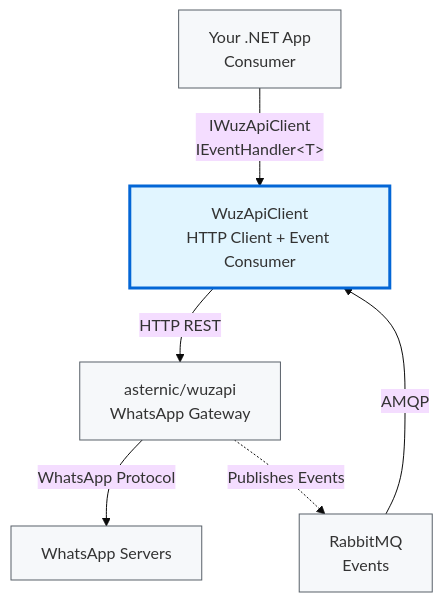
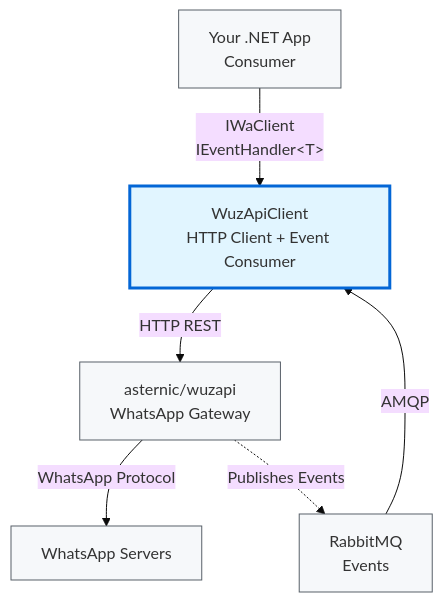
Before and after one commit to vperim/wuzapi-client: the diagram in docs/intro/overview.md, drawn with Mermaid (base theme). The commit also changed other lines of this file and 23 other files, not shown here.

Commit message:
Rename WuzApiClient implementation and interface to WaClient/IWaClient to avoid namespace conflicts.

````diff
--- a/docs/intro/overview.md
+++ b/docs/intro/overview.md
@@ -86,20 +86,20 @@
 ```mermaid
 graph TD
     A[Your .NET App<br/>Consumer]
     B[WuzApiClient<br/>HTTP Client + Event Consumer]
     C[asternic/wuzapi<br/>WhatsApp Gateway]
     D[WhatsApp Servers]
     E[RabbitMQ<br/>Events]
 
-    A -->|IWuzApiClient<br/>IEventHandler&lt;T&gt;| B
+    A -->|IWaClient<br/>IEventHandler&lt;T&gt;| B
     B -->|HTTP REST| C
     C -->|WhatsApp Protocol| D
     E -->|AMQP| B
     C -.->|Publishes Events| E
 
     style B fill:#e1f5ff,stroke:#0366d6,stroke-width:3px
     style A fill:#f6f8fa,stroke:#586069
     style C fill:#f6f8fa,stroke:#586069
     style D fill:#f6f8fa,stroke:#586069
     style E fill:#f6f8fa,stroke:#586069
 ```
````
